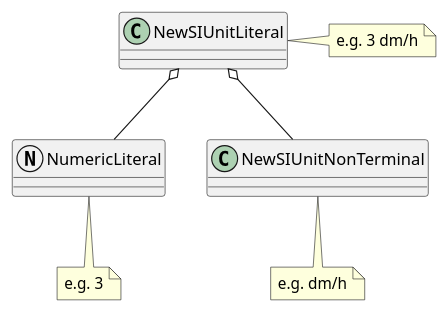
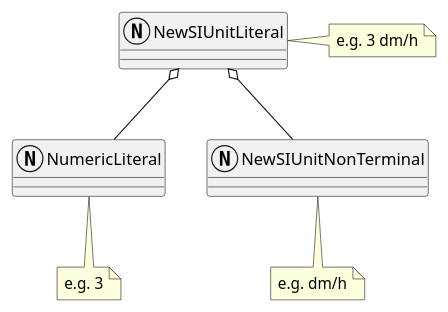
Before and after one commit to MontiCore/MCPython: the second of 5 diagrams in report.md, drawn with PlantUML. The commit also changed other lines of this file, not shown here.

````diff
--- a/report.md
+++ b/report.md
@@ -92,13 +92,13 @@
 ```plantuml
 class NumericLiteral <<(N,transparent)>>   
 note bottom: e.g. 3
 
-class NewSIUnitNonTerminal
+class NewSIUnitNonTerminal <<(N,transparent)>>
 note bottom: e.g. dm/h
 
-class NewSIUnitLiteral
+class NewSIUnitLiteral <<(N,transparent)>>
 note right: e.g. 3 dm/h
 
 NewSIUnitLiteral o-- NumericLiteral
 NewSIUnitLiteral o-- NewSIUnitNonTerminal
 ```
````
